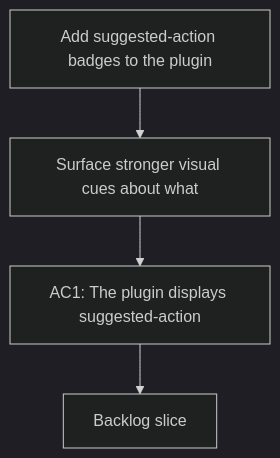
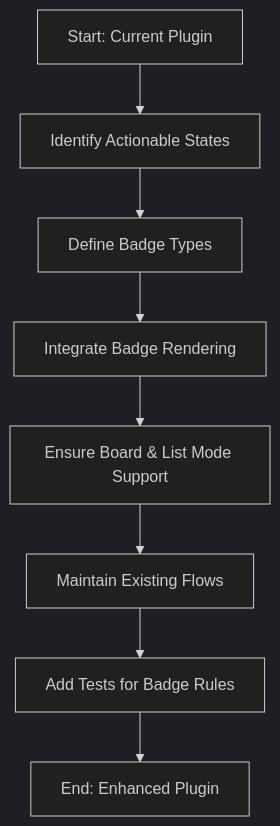
The diagram in logics/request/req_042_add_suggested_action_badges_to_the_plugin.md (AlexAgo83/logics-manager), drawn with Mermaid (dark theme) before and after one commit. The commit also changed other lines of this file and 54 other files, not shown here.

````diff
--- a/logics/request/req_042_add_suggested_action_badges_to_the_plugin.md
+++ b/logics/request/req_042_add_suggested_action_badges_to_the_plugin.md
@@ -10,8 +10,12 @@
 ```mermaid
 %% logics-kind: request
 %% logics-signature: request|add-suggested-action-badges-to-the-plugi|surface-stronger-visual-cues-about-what|ac1-the-plugin-displays-suggested-action
 flowchart TD
-    Trigger[Add suggested-action badges to the plugin] --> Need[Surface stronger visual cues about what]
-    Need --> Outcome[AC1: The plugin displays suggested-action]
-    Outcome --> Backlog[Backlog slice]
+    A[Start: Current Plugin] --> B[Identify Actionable States]
+    B --> C[Define Badge Types]
+    C --> D[Integrate Badge Rendering]
+    D --> E[Ensure Board & List Mode Support]
+    E --> F[Maintain Existing Flows]
+    F --> G[Add Tests for Badge Rules]
+    G --> H[End: Enhanced Plugin]
 ```
````
